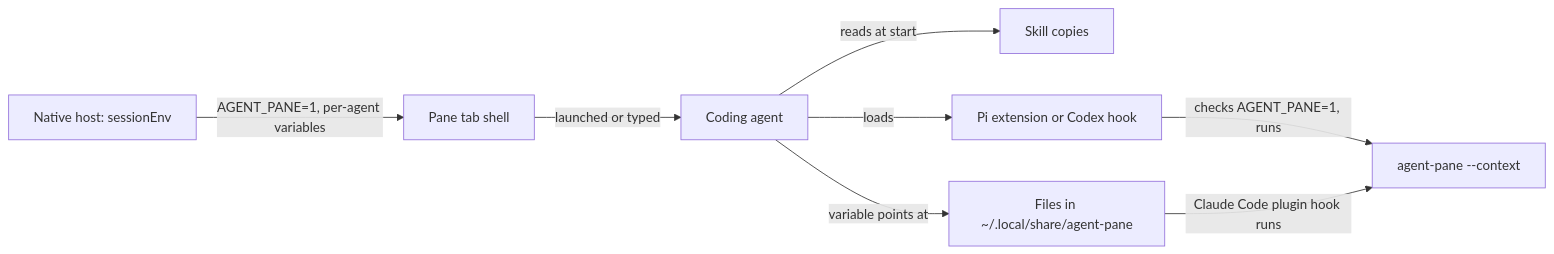
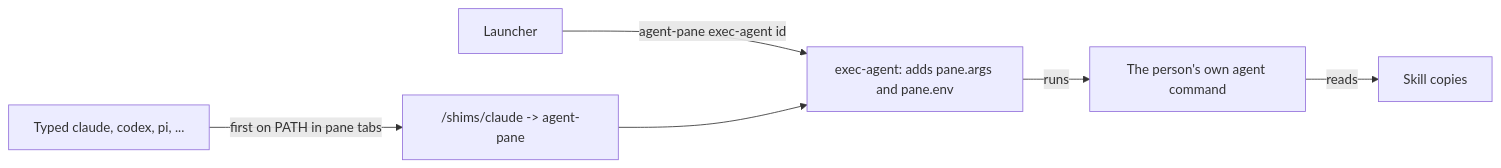
One commit to asakin/agent-pane changed the diagram in docs/rfcs/0005-skill-delivery-in-pane-tabs.md. Above: the diagram before and after it, drawn with Mermaid. The commit also changed other lines of this file, not shown here.

First line of the commit message:
RFC 0005: one adapter per agent definition, reached by launcher and shims

````diff
--- a/docs/rfcs/0005-skill-delivery-in-pane-tabs.md
+++ b/docs/rfcs/0005-skill-delivery-in-pane-tabs.md
@@ -94,10 +92,8 @@
 ```mermaid
 flowchart LR
-  host["Native host: sessionEnv"] -->|"AGENT_PANE=1, per-agent variables"| shell["Pane tab shell"]
-  shell -->|"launched or typed"| agent["Coding agent"]
-  agent -->|"reads at start"| skills["Skill copies"]
-  agent -->|"variable points at"| data["Files in ~/.local/share/agent-pane"]
-  agent -->|"loads"| integ["Pi extension or Codex hook"]
-  integ -->|"checks AGENT_PANE=1, runs"| ctx["agent-pane --context"]
-  data -->|"Claude Code plugin hook runs"| ctx
+  launcher["Launcher"] -->|"agent-pane exec-agent id"| step["exec-agent: adds pane.args and pane.env"]
+  typed["Typed claude, codex, pi, ..."] -->|"first on PATH in pane tabs"| shim["<data>/shims/claude -> agent-pane"]
+  shim --> step
+  step -->|"runs"| real["The person's own agent command"]
+  real -->|"reads"| skills["Skill copies"]
 ```
````
